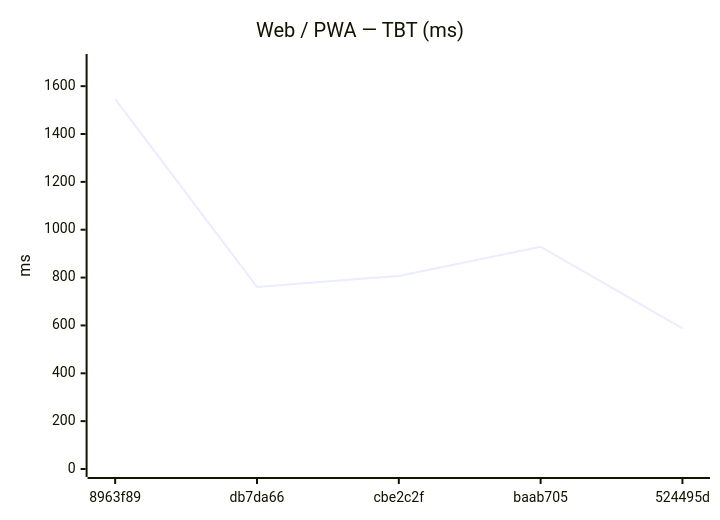
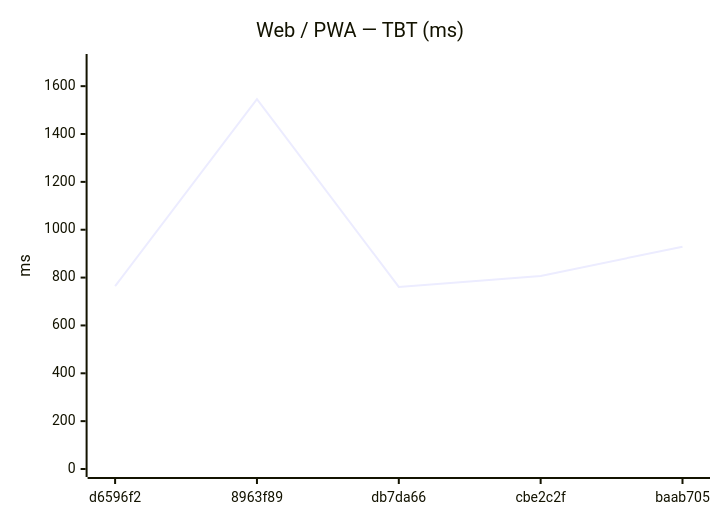
Before and after one commit to Metaheurist/Rianell: the sixth of 12 diagrams in benchmarks/compare.md, drawn with Mermaid. The commit also changed other lines of this file and 8 other files, not shown here.

````diff
--- a/benchmarks/compare.md
+++ b/benchmarks/compare.md
@@ -89,7 +89,7 @@
 ```mermaid
 xychart-beta
     title "Web / PWA — TBT (ms)"
-    x-axis ["8963f89", "db7da66", "cbe2c2f", "baab705", "524495d"]
+    x-axis ["d6596f2", "8963f89", "db7da66", "cbe2c2f", "baab705"]
     y-axis "ms" 0 --> 1701
-    line [1546, 761, 807, 929, 588]
+    line [764, 1546, 761, 807, 929]
 ```
````
